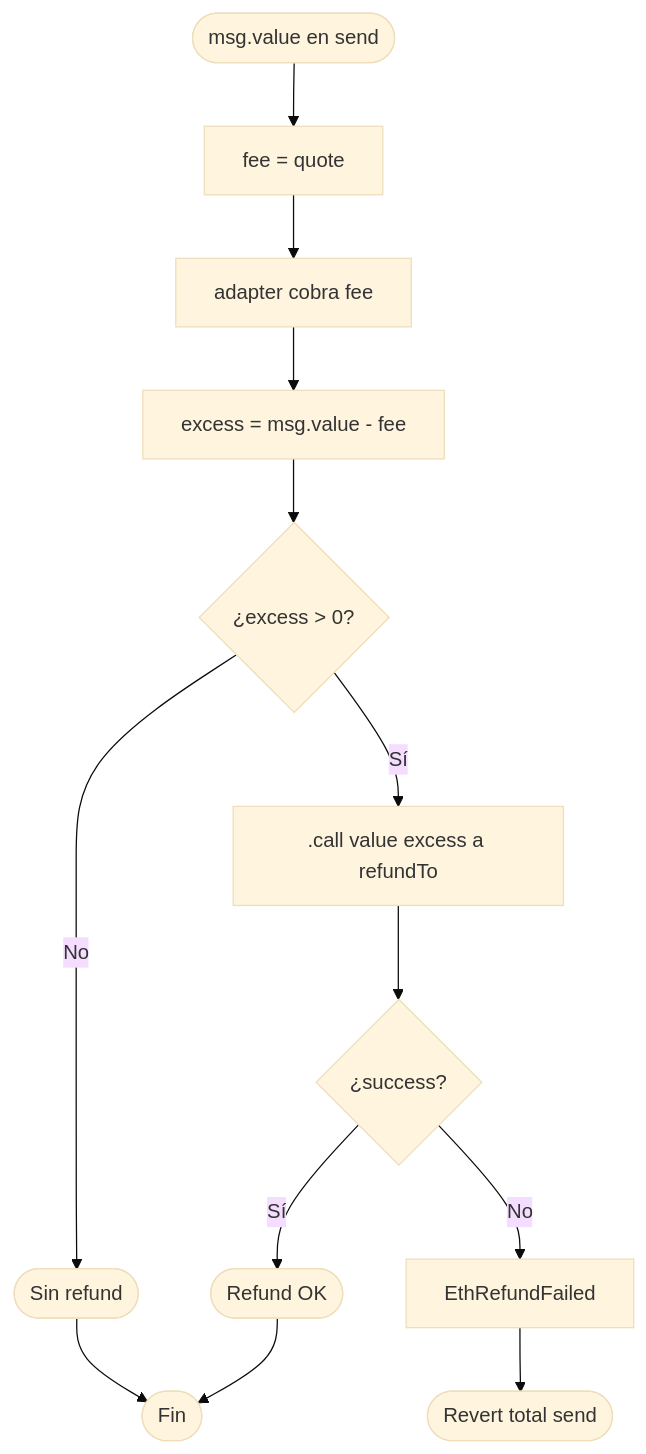
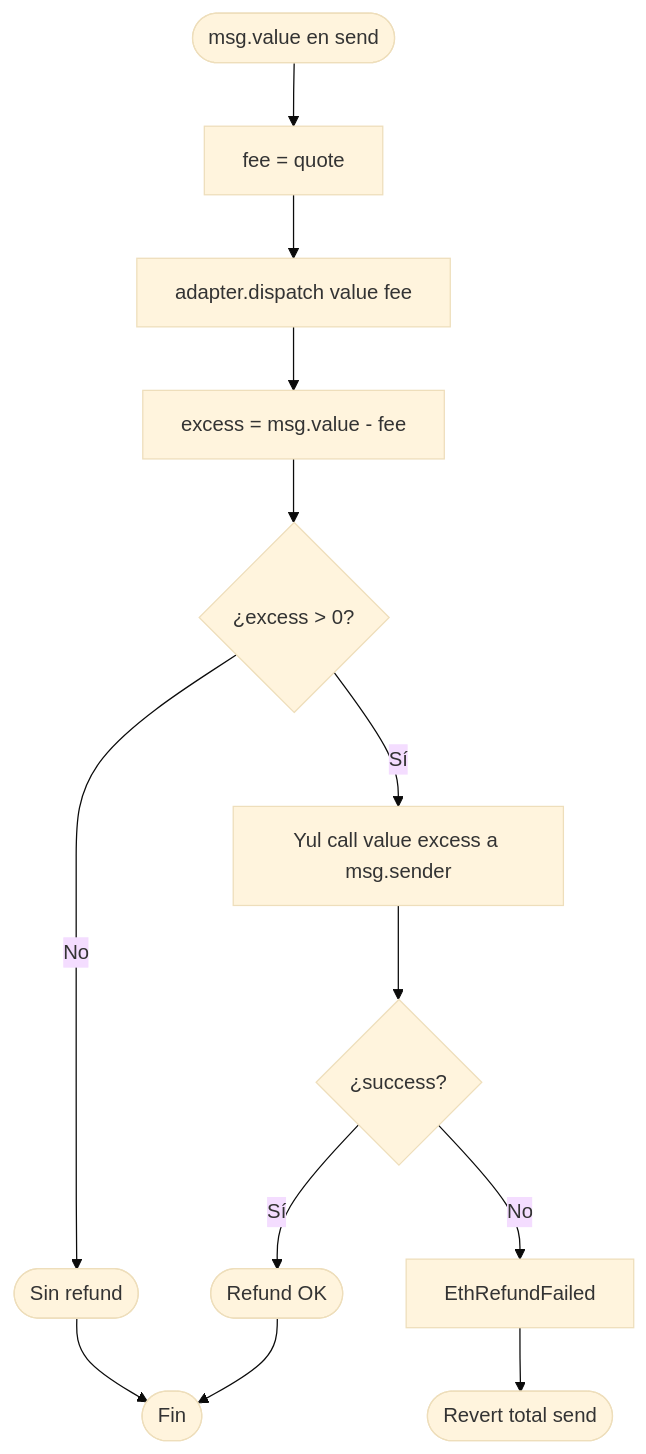
One commit to rastrahm/crosschain-messaging changed the fifth of 5 diagrams in doc/flujograma.md. Above: the diagram before and after it, drawn with Mermaid (base theme). The commit also changed other lines of this file and 7 other files, not shown here.

````diff
--- a/doc/flujograma.md
+++ b/doc/flujograma.md
@@ -102,15 +104,15 @@
 ```mermaid
 flowchart TD
     Start([msg.value en send]) --> Q[fee = quote]
-    Q --> Pay[adapter cobra fee]
+    Q --> Pay[adapter.dispatch value fee]
     Pay --> Diff[excess = msg.value - fee]
     Diff --> Z{¿excess > 0?}
     Z -->|No| Done([Sin refund])
-    Z -->|Sí| Call[.call value excess a refundTo]
+    Z -->|Sí| Call[Yul call value excess a msg.sender]
     Call --> Ok{¿success?}
     Ok -->|No| Err[EthRefundFailed]
     Ok -->|Sí| Done2([Refund OK])
     Err --> Fail([Revert total send])
     Done --> End([Fin])
     Done2 --> End
 ```
````
